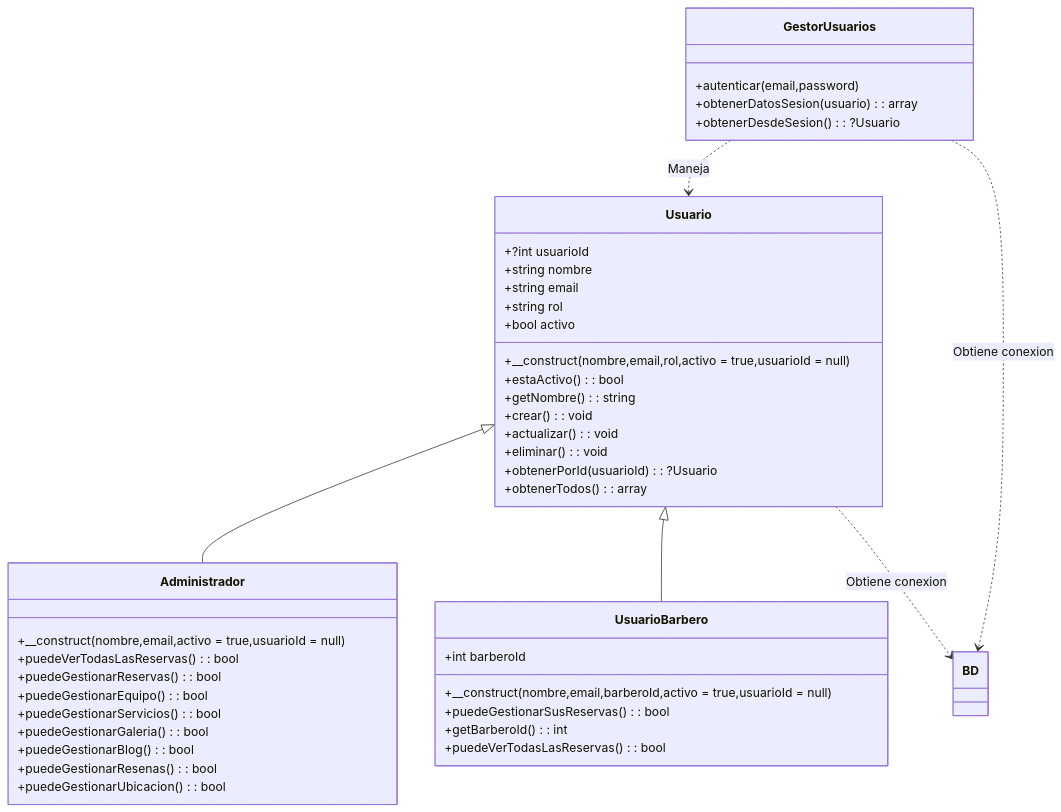
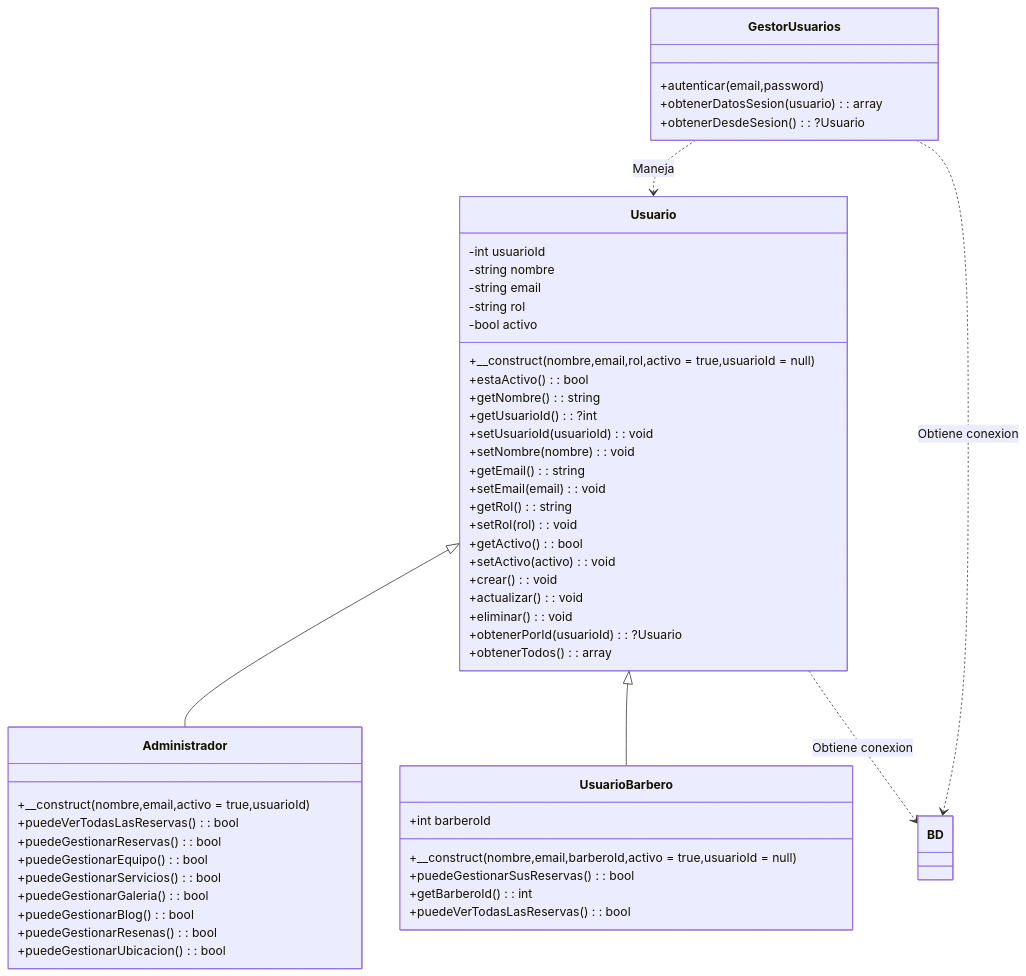
Before and after one commit to dzeledonj-create/barberia_catracha: the diagram in api/admin/clases_admin/diagramas.md, drawn with Mermaid. The commit also changed 29 other files, not shown here.

````diff
--- a/api/admin/clases_admin/diagramas.md
+++ b/api/admin/clases_admin/diagramas.md
@@ -3,50 +3,59 @@
 ```mermaid
 classDiagram
     class Administrador {
-        +__construct(nombre,email,activo = true,usuarioId = null)
+        +__construct(nombre,email,activo = true,usuarioId)
         +puedeVerTodasLasReservas() : bool
         +puedeGestionarReservas() : bool
         +puedeGestionarEquipo() : bool
         +puedeGestionarServicios() : bool
         +puedeGestionarGaleria() : bool
         +puedeGestionarBlog() : bool
         +puedeGestionarResenas() : bool
         +puedeGestionarUbicacion() : bool
     }
 
     class GestorUsuarios {
         +autenticar(email,password)
         +obtenerDatosSesion(usuario) : array
         +obtenerDesdeSesion() : ?Usuario
     }
 
     class Usuario {
-        +?int usuarioId
-        +string nombre
-        +string email
-        +string rol
-        +bool activo
+        -int usuarioId
+        -string nombre
+        -string email
+        -string rol
+        -bool activo
         +__construct(nombre,email,rol,activo = true,usuarioId = null)
         +estaActivo() : bool
         +getNombre() : string
+        +getUsuarioId() : ?int
+        +setUsuarioId(usuarioId) : void
+        +setNombre(nombre) : void
+        +getEmail() : string
+        +setEmail(email) : void
+        +getRol() : string
+        +setRol(rol) : void
+        +getActivo() : bool
+        +setActivo(activo) : void
         +crear() : void
         +actualizar() : void
         +eliminar() : void
         +obtenerPorId(usuarioId) : ?Usuario
         +obtenerTodos() : array
     }
 
     class UsuarioBarbero {
         +int barberoId
         +__construct(nombre,email,barberoId,activo = true,usuarioId = null)
         +puedeGestionarSusReservas() : bool
         +getBarberoId() : int
         +puedeVerTodasLasReservas() : bool
     }
 
     Usuario <|-- Administrador
     Usuario <|-- UsuarioBarbero
     GestorUsuarios ..> Usuario : Maneja
     GestorUsuarios ..> BD : Obtiene conexion
     Usuario ..> BD : Obtiene conexion
 ```
````
